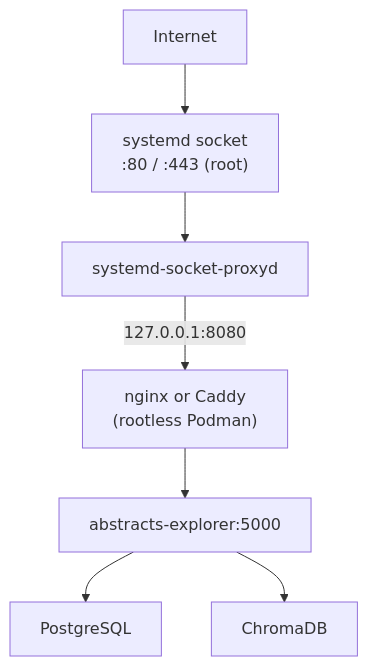
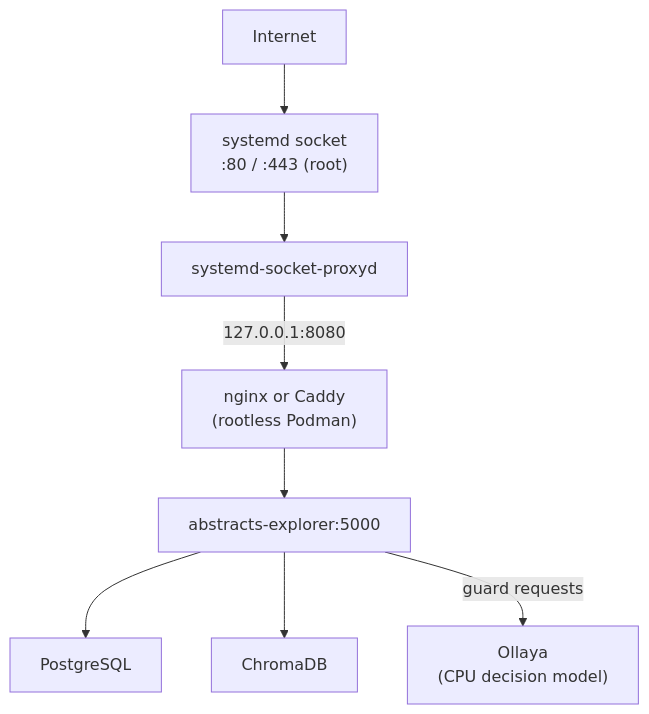
Before and after one commit to thawn/abstracts-explorer: the diagram in docs/docker.md, drawn with Mermaid. The commit also changed other lines of this file and 20 other files, not shown here.

First line of the commit message:
feat: guard chat input against abuse with local Ollaya

````diff
--- a/docs/docker.md
+++ b/docs/docker.md
@@ -25,17 +25,19 @@
 ```{mermaid}
 flowchart TD
     Internet["Internet"]
     socket["systemd socket<br/>:80 / :443 (root)"]
     proxy["systemd-socket-proxyd"]
     rproxy["nginx or Caddy<br/>(rootless Podman)"]
     app["abstracts-explorer:5000"]
     pg["PostgreSQL"]
     chroma["ChromaDB"]
+    ollaya["Ollaya<br/>(CPU decision model)"]
 
     Internet --> socket
     socket --> proxy
     proxy -->|"127.0.0.1:8080"| rproxy
     rproxy --> app
     app --> pg
     app --> chroma
+    app -->|"guard requests"| ollaya
 ```
````
